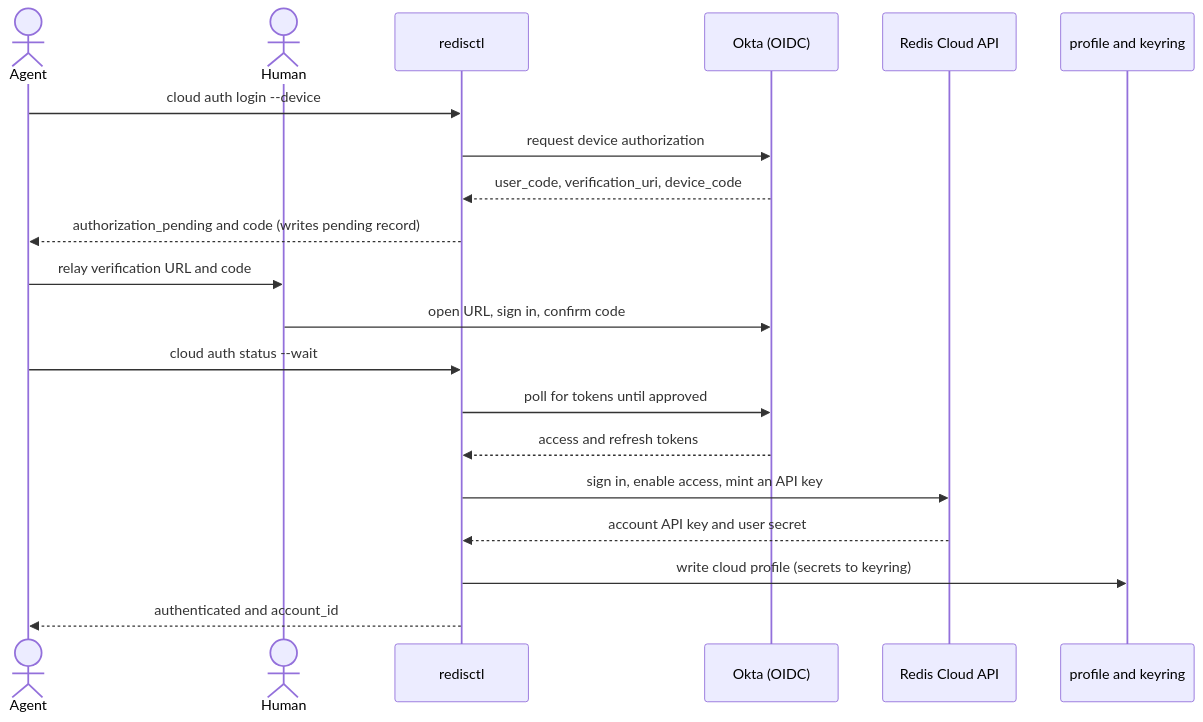
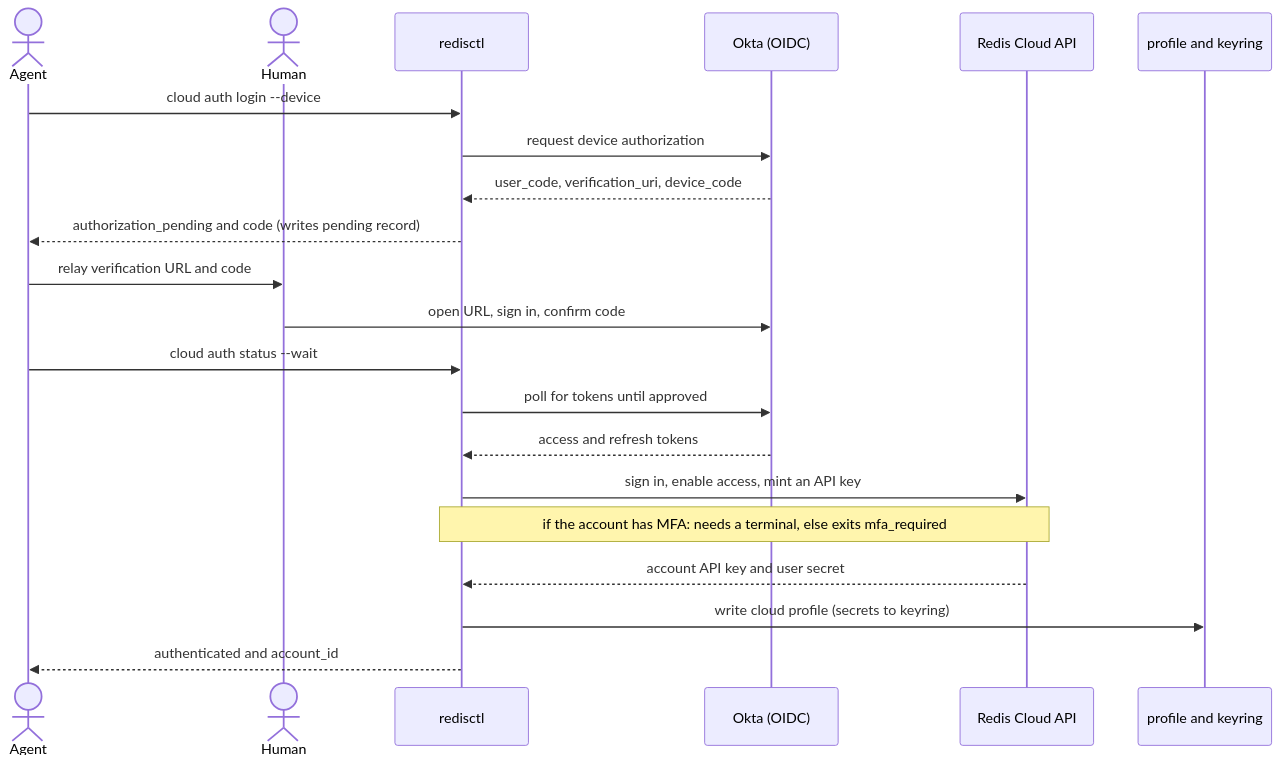
The second of 2 diagrams in docs/docs/cloud/commands/auth.md (redis/redisctl), drawn with Mermaid before and after one commit. The commit also changed other lines of this file and 6 other files, not shown here.

````diff
--- a/docs/docs/cloud/commands/auth.md
+++ b/docs/docs/cloud/commands/auth.md
@@ -75,22 +76,23 @@
 ```mermaid
 sequenceDiagram
     actor A as Agent
     actor H as Human
     participant CLI as redisctl
     participant OK as Okta (OIDC)
     participant SM as Redis Cloud API
     participant CFG as profile and keyring
     A->>CLI: cloud auth login --device
     CLI->>OK: request device authorization
     OK-->>CLI: user_code, verification_uri, device_code
     CLI-->>A: authorization_pending and code (writes pending record)
     A->>H: relay verification URL and code
     H->>OK: open URL, sign in, confirm code
     A->>CLI: cloud auth status --wait
     CLI->>OK: poll for tokens until approved
     OK-->>CLI: access and refresh tokens
     CLI->>SM: sign in, enable access, mint an API key
+    Note over CLI,SM: if the account has MFA: needs a terminal, else exits mfa_required
     SM-->>CLI: account API key and user secret
     CLI->>CFG: write cloud profile (secrets to keyring)
     CLI-->>A: authenticated and account_id
 ```
````
